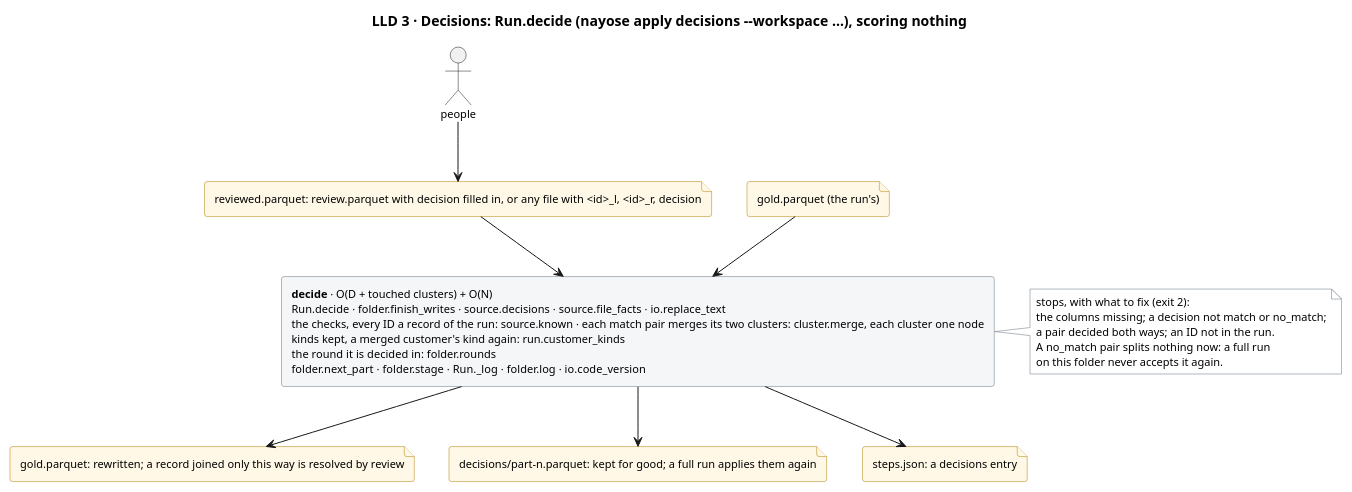
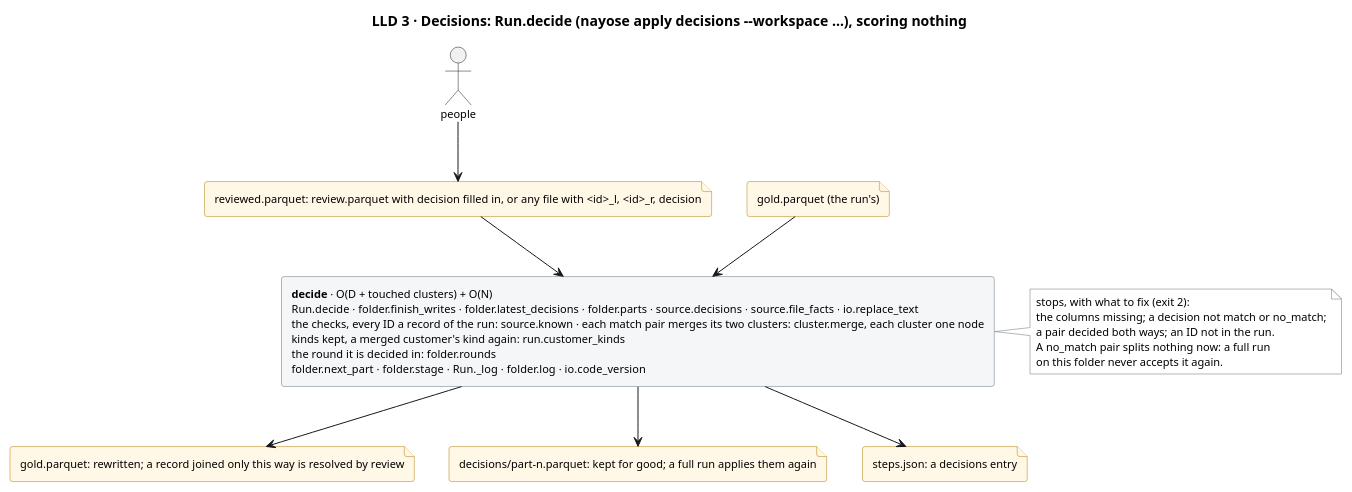
One commit to mvsbm/entity_matching changed the diagram in docs/diagrams/decisions.puml. Above: the diagram before and after it, drawn with PlantUML. The commit also changed 14 other files, not shown here.

First line of the commit message:
A pair decided again counts once, as last said, in the matching view; a decision typed with full-width spaces is read; a comparison's own copy is no step a setting or a key may name, in every place alike; the kept column descriptions are written atomically

```diff
--- a/docs/diagrams/decisions.puml
+++ b/docs/diagrams/decisions.puml
@@ -1,41 +1,41 @@
 @startuml decisions
 title LLD 3 · Decisions: Run.decide (nayose apply decisions ~--workspace …), scoring nothing
 skinparam defaultFontSize 11
 skinparam rectangle {
   BackgroundColor #F4F6F8
   BorderColor #65717E
 }
 skinparam file {
   BackgroundColor #FFF8E6
   BorderColor #B07D00
 }
 skinparam note {
   BackgroundColor #FFFFFF
   BorderColor #65717E
 }
 
 actor "people" as people
 file "reviewed.parquet: review.parquet with decision filled in, or any file with <id>_l, <id>_r, decision" as f_decided
 file "gold.parquet (the run's)" as f_gold_in
 
-rectangle "<b>decide</b> · O(D + touched clusters) + O(N)\nRun.decide · folder.finish_writes · source.decisions · source.file_facts · io.replace_text\nthe checks, every ID a record of the run: source.known · each match pair merges its two clusters: cluster.merge, each cluster one node\nkinds kept, a merged customer's kind again: run.customer_kinds\nthe round it is decided in: folder.rounds\nfolder.next_part · folder.stage · Run._log · folder.log · io.code_version" as decide
+rectangle "<b>decide</b> · O(D + touched clusters) + O(N)\nRun.decide · folder.finish_writes · folder.latest_decisions · folder.parts · source.decisions · source.file_facts · io.replace_text\nthe checks, every ID a record of the run: source.known · each match pair merges its two clusters: cluster.merge, each cluster one node\nkinds kept, a merged customer's kind again: run.customer_kinds\nthe round it is decided in: folder.rounds\nfolder.next_part · folder.stage · Run._log · folder.log · io.code_version" as decide
 
 note right of decide
   stops, with what to fix (exit 2):
   the columns missing; a decision not match or no_match;
   a pair decided both ways; an ID not in the run.
   A no_match pair splits nothing now: a full run
   on this folder never accepts it again.
 end note
 
 file "gold.parquet: rewritten; a record joined only this way is resolved by review" as f_gold_out
 file "decisions/part-n.parquet: kept for good; a full run applies them again" as f_kept
 file "steps.json: a decisions entry" as f_steps
 
 people --> f_decided
 f_decided --> decide
 f_gold_in --> decide
 decide --> f_gold_out
 decide --> f_kept
 decide --> f_steps
 @enduml
```
